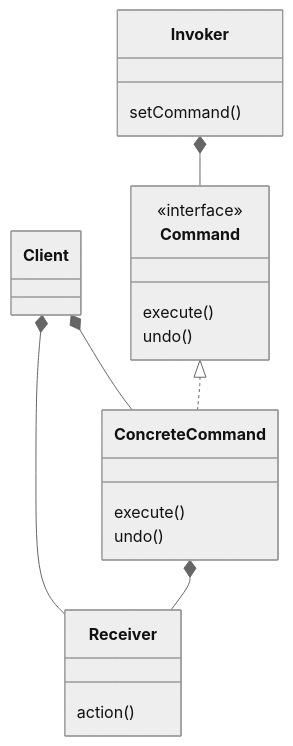
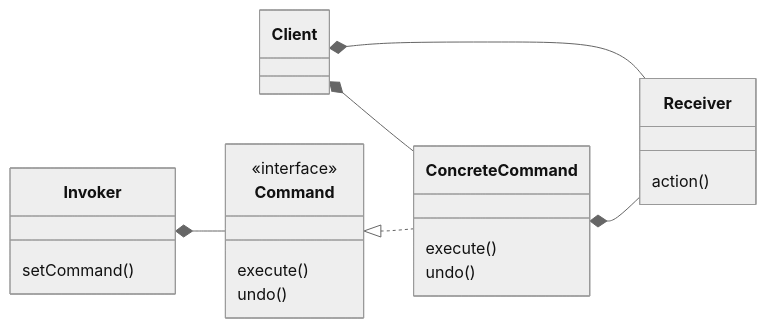
Before and after one commit to striped-s0cks/design-patterns: the diagram in src/commandPattern/README.md, drawn with Mermaid (neutral theme). The commit also changed 1 other file, not shown here.

Commit message:
specify direction

````diff
--- a/src/commandPattern/README.md
+++ b/src/commandPattern/README.md
@@ -4,31 +4,32 @@
 ```mermaid
 classDiagram
+    direction LR
     class Client
 
     class Invoker {
         setCommand()
     }
 
     class Receiver {
         action()
     }
 
     class Command {
         <<interface>>
         execute()
         undo()
     }
 
     class ConcreteCommand {
         execute()
         undo()
     }
 
     Client *-- Receiver
     Client *-- ConcreteCommand
 
     Invoker *-- Command
 
     Command <|.. ConcreteCommand
     ConcreteCommand *-- Receiver
 ```
````
